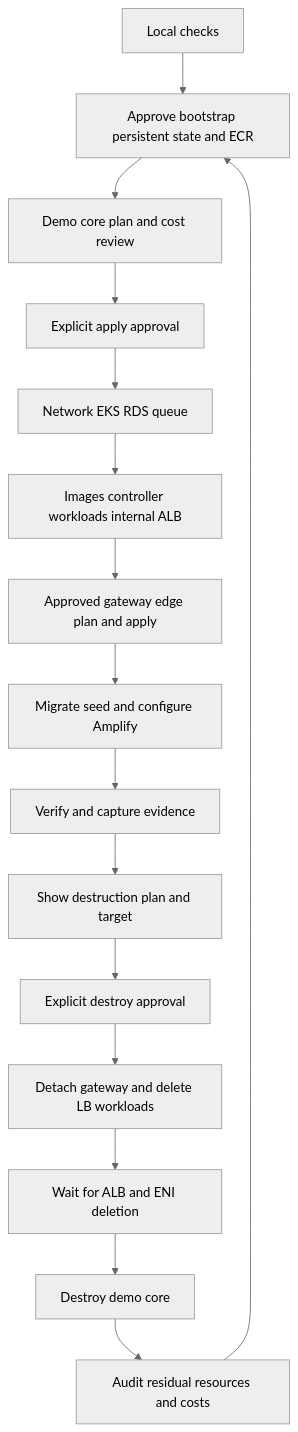
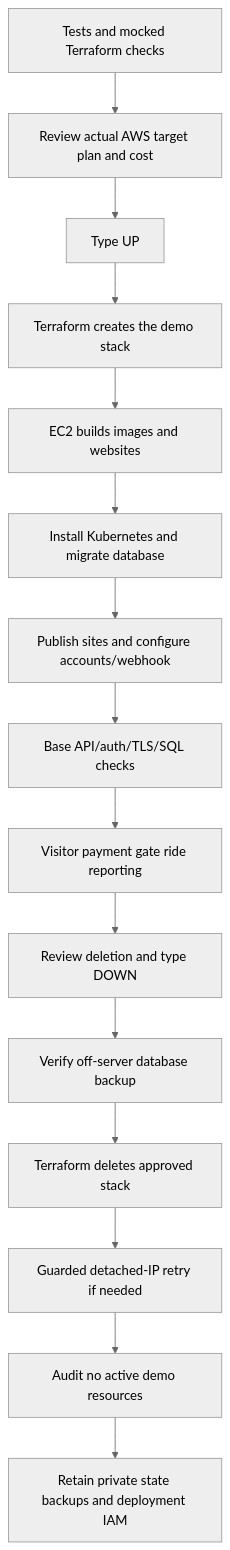
The diagram in docs/diagrams/terraform-lifecycle.mmd (saditha93/wonderland), drawn with Mermaid (neutral theme) before and after one commit. The commit also changed 62 other files, not shown here.

Commit message:
Complete local MVP documentation, introduce advanced architecture diagrams, add Prettier for consistent formatting, and refactor React components for improved clarity and maintainability.

```diff
--- a/docs/diagrams/terraform-lifecycle.mmd
+++ b/docs/diagrams/terraform-lifecycle.mmd
@@ -1,17 +1,15 @@
-%% Proposed architecture; not deployed in Phase 1
 flowchart TD
- Local[Local checks] --> Persistent[Approve bootstrap persistent state and ECR]
- Persistent --> Plan[Demo core plan and cost review]
- Plan --> Approval[Explicit apply approval]
- Approval --> Core[Network EKS RDS queue]
- Core --> Workloads[Images controller workloads internal ALB]
- Workloads --> Edge[Approved gateway edge plan and apply]
- Edge --> Migrate[Migrate seed and configure Amplify]
- Migrate --> Verify[Verify and capture evidence]
- Verify --> DestroyPlan[Show destruction plan and target]
- DestroyPlan --> DestroyApproval[Explicit destroy approval]
- DestroyApproval --> Remove[Detach gateway and delete LB workloads]
- Remove --> Wait[Wait for ALB and ENI deletion]
- Wait --> Destroy[Destroy demo core]
- Destroy --> Audit[Audit residual resources and costs]
- Audit --> Persistent
+    Checks[Tests and mocked Terraform checks] --> Review[Review actual AWS target plan and cost]
+    Review --> Up[Type UP]
+    Up --> Terraform[Terraform creates the demo stack]
+    Terraform --> Builds[EC2 builds images and websites]
+    Builds --> Workloads[Install Kubernetes and migrate database]
+    Workloads --> Hosting[Publish sites and configure accounts/webhook]
+    Hosting --> Verify[Base API/auth/TLS/SQL checks]
+    Verify --> Walkthrough[Visitor payment gate ride reporting]
+    Walkthrough --> Down[Review deletion and type DOWN]
+    Down --> Backup[Verify off-server database backup]
+    Backup --> Destroy[Terraform deletes approved stack]
+    Destroy --> Retry[Guarded detached-IP retry if needed]
+    Retry --> Audit[Audit no active demo resources]
+    Audit --> Retain[Retain private state backups and deployment IAM]
```
